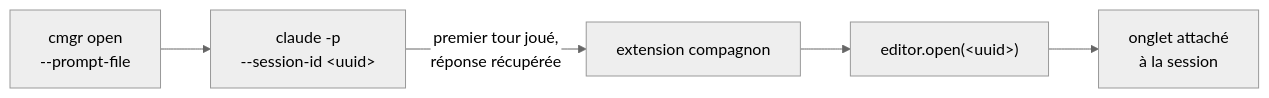
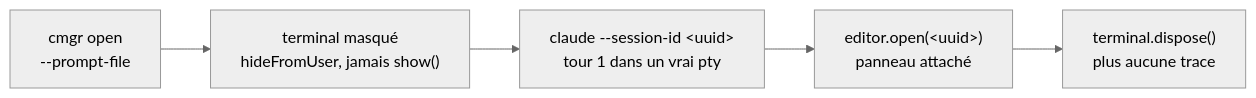
One commit to lucasPaulDaniele/ClaudeManager changed the diagram in README.md. Above: the diagram before and after it, drawn with Mermaid (neutral theme). The commit also changed other lines of this file, not shown here.

````diff
--- a/README.md
+++ b/README.md
@@ -56,7 +58,7 @@
 ```mermaid
 flowchart LR
-    A["cmgr open<br/>--prompt-file"] --> B["claude -p<br/>--session-id &lt;uuid&gt;"]
-    B -->|"premier tour joué,<br/>réponse récupérée"| C["extension compagnon"]
-    C --> D["editor.open(&lt;uuid&gt;)"]
-    D --> E["onglet attaché<br/>à la session"]
+    A["cmgr open<br/>--prompt-file"] --> B["terminal masqué<br/>hideFromUser, jamais show()"]
+    B --> C["claude --session-id &lt;uuid&gt;<br/>tour 1 dans un vrai pty"]
+    C --> D["editor.open(&lt;uuid&gt;)<br/>panneau attaché"]
+    D --> E["terminal.dispose()<br/>plus aucune trace"]
 ```
````
